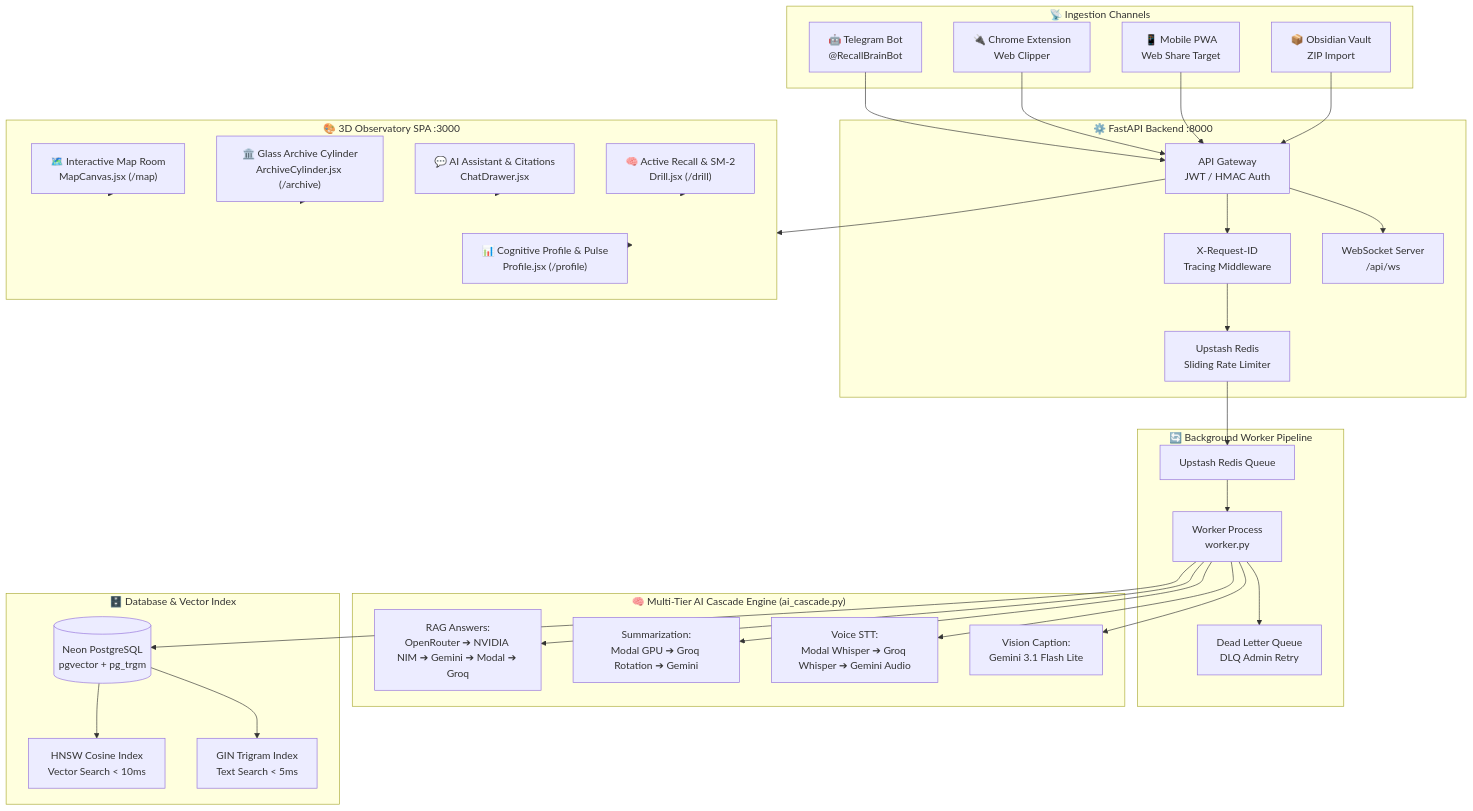
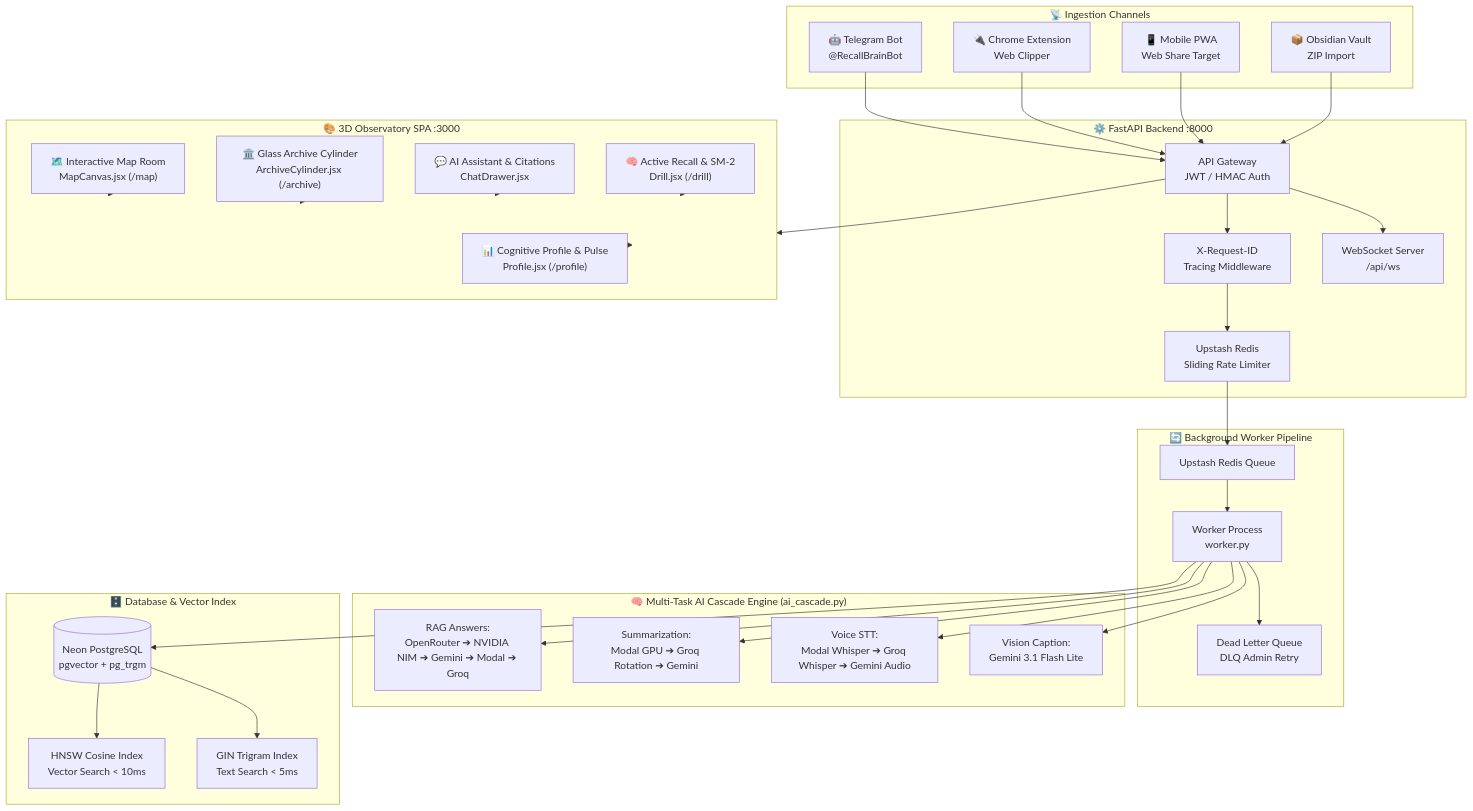
One commit to PriyanshuG27/Atrium changed the first of 4 diagrams in README.md. Above: the diagram before and after it, drawn with Mermaid. The commit also changed other lines of this file, not shown here.

Commit message:
docs(readme): separate Ingestion Summarization Flowchart and Conversational RAG Flowchart to match ai_cascade.py code logic

````diff
--- a/README.md
+++ b/README.md
@@ -155,54 +156,54 @@
 ```mermaid
 graph TB
     subgraph INGESTION["📡 Ingestion Channels"]
         TG["🤖 Telegram Bot<br/>@RecallBrainBot"]
         EXT["🔌 Chrome Extension<br/>Web Clipper"]
         SHARE["📱 Mobile PWA<br/>Web Share Target"]
         ZIP["📦 Obsidian Vault<br/>ZIP Import"]
     end
 
     subgraph BACKEND["⚙️ FastAPI Backend  :8000"]
         API["API Gateway<br/>JWT / HMAC Auth"]
         TRACER["X-Request-ID<br/>Tracing Middleware"]
         LIMITER["Upstash Redis<br/>Sliding Rate Limiter"]
         WS["WebSocket Server<br/>/api/ws"]
     end
 
     subgraph QUEUE["🔄 Background Worker Pipeline"]
         REDIS["Upstash Redis Queue"]
         WORKER["Worker Process<br/>worker.py"]
         DLQ["Dead Letter Queue<br/>DLQ Admin Retry"]
     end
 
-    subgraph AI_CASCADE["🧠 Multi-Tier AI Cascade Engine (ai_cascade.py)"]
+    subgraph AI_CASCADE["🧠 Multi-Task AI Cascade Engine (ai_cascade.py)"]
         RAG["RAG Answers:<br/>OpenRouter ➔ NVIDIA NIM ➔ Gemini ➔ Modal ➔ Groq"]
         SUM["Summarization:<br/>Modal GPU ➔ Groq Rotation ➔ Gemini"]
         STT["Voice STT:<br/>Modal Whisper ➔ Groq Whisper ➔ Gemini Audio"]
         VISION["Vision Caption:<br/>Gemini 3.1 Flash Lite"]
     end
 
     subgraph STORAGE["🗄️ Database & Vector Index"]
         NEON[("Neon PostgreSQL<br/>pgvector + pg_trgm")]
         HNSW["HNSW Cosine Index<br/>Vector Search < 10ms"]
         GIN["GIN Trigram Index<br/>Text Search < 5ms"]
     end
 
     subgraph FRONTEND["🎨 3D Observatory SPA  :3000"]
         MAP["🗺️ Interactive Map Room<br/>MapCanvas.jsx (/map)"]
         CYLINDER["🏛️ Glass Archive Cylinder<br/>ArchiveCylinder.jsx (/archive)"]
         ASSISTANT["💬 AI Assistant & Citations<br/>ChatDrawer.jsx"]
         DRILL["🧠 Active Recall & SM-2<br/>Drill.jsx (/drill)"]
         PULSE["📊 Cognitive Profile & Pulse<br/>Profile.jsx (/profile)"]
     end
 
     TG & EXT & SHARE & ZIP --> API
     API --> TRACER --> LIMITER --> REDIS
     API --> WS
     REDIS --> WORKER
     WORKER --> DLQ
     WORKER --> RAG & SUM & STT & VISION
     WORKER --> NEON
     NEON --> HNSW & GIN
     API --> FRONTEND
     MAP & CYLINDER & ASSISTANT & DRILL & PULSE --> FRONTEND
 ```
````
